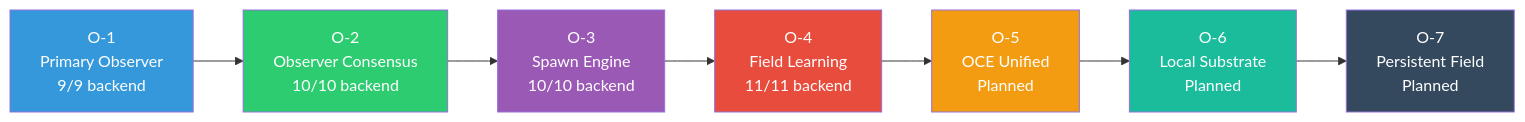
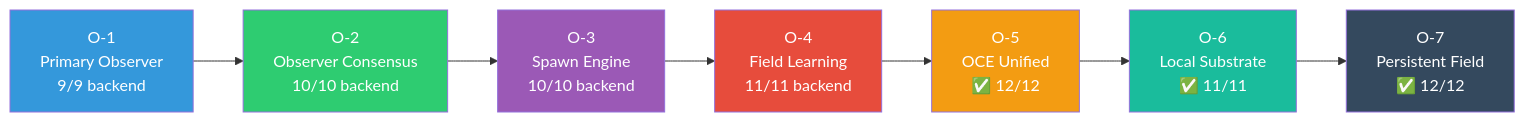
Before and after one commit to dabiggestpoppa/larger-lab: the second of 3 diagrams in V3_ARCHITECTURE.md, drawn with Mermaid. The commit also changed other lines of this file and 3 other files, not shown here.

First line of the commit message:
OC2: Update architecture docs — CODEMAP, ARCHITECTURE, V3_ARCHITECTURE, team-chat

````diff
--- a/V3_ARCHITECTURE.md
+++ b/V3_ARCHITECTURE.md
@@ -188,17 +188,17 @@
 ```mermaid
 graph LR
     O1[O-1<br/>Primary Observer<br/>9/9 backend] --> O2[O-2<br/>Observer Consensus<br/>10/10 backend]
     O2 --> O3[O-3<br/>Spawn Engine<br/>10/10 backend]
     O3 --> O4[O-4<br/>Field Learning<br/>11/11 backend]
-    O4 --> O5[O-5<br/>OCE Unified<br/>Planned]
-    O5 --> O6[O-6<br/>Local Substrate<br/>Planned]
-    O6 --> O7[O-7<br/>Persistent Field<br/>Planned]
+    O4 --> O5[O-5<br/>OCE Unified<br/>✅ 12/12]
+    O5 --> O6[O-6<br/>Local Substrate<br/>✅ 11/11]
+    O6 --> O7[O-7<br/>Persistent Field<br/>✅ 12/12]
 
     style O1 fill:#3498db,color:#fff
     style O2 fill:#2ecc71,color:#fff
     style O3 fill:#9b59b6,color:#fff
     style O4 fill:#e74c3c,color:#fff
     style O5 fill:#f39c12,color:#fff
     style O6 fill:#1abc9c,color:#fff
     style O7 fill:#34495e,color:#fff
 ```
````
